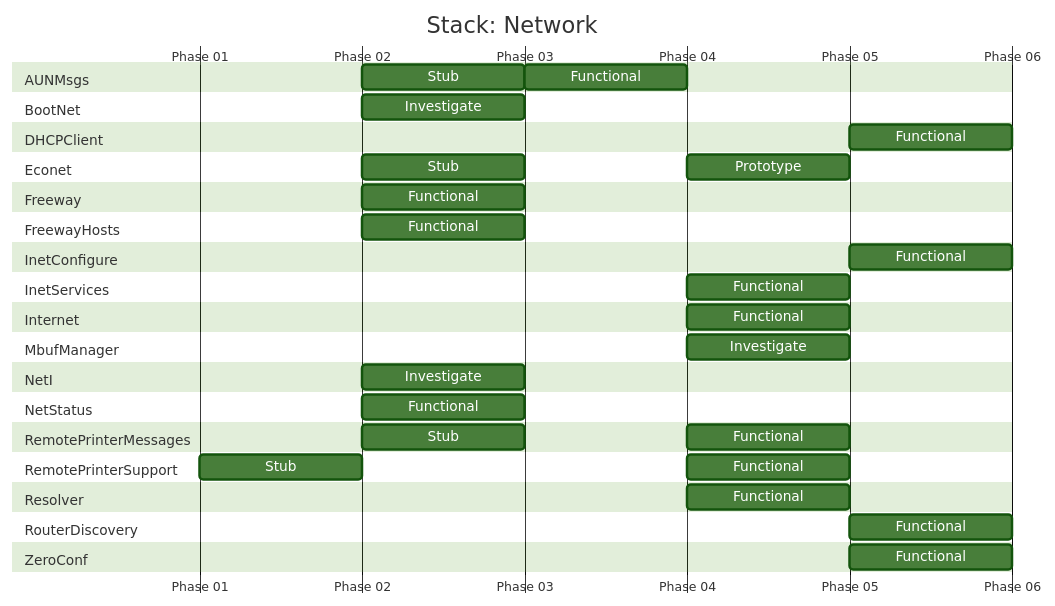
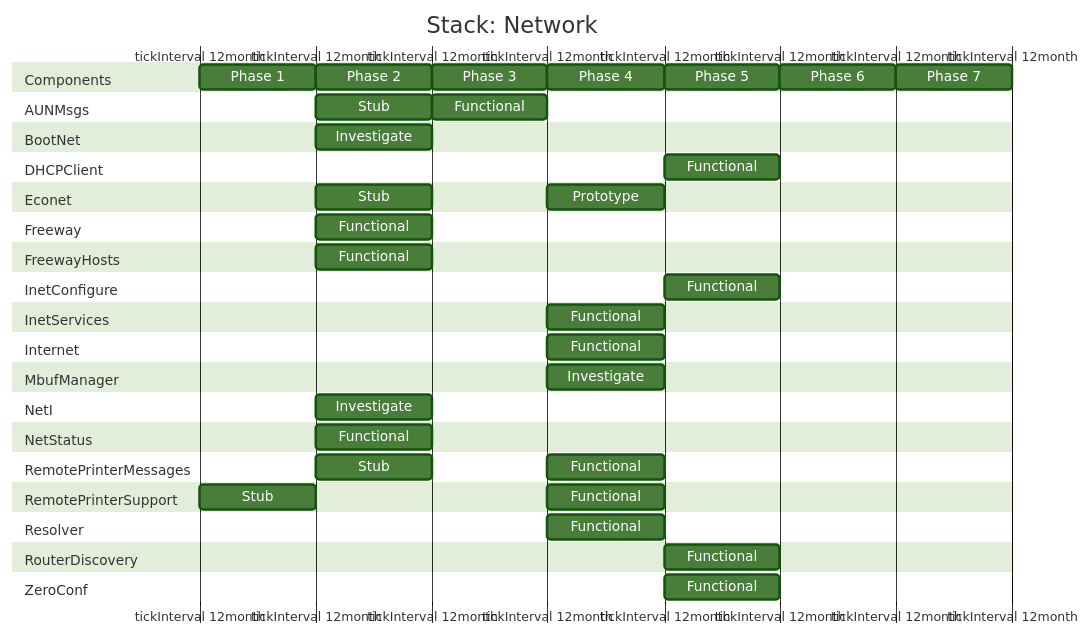
One commit to gerph/riscos64-status changed diagram 12 of 16 in planning/Stacks.md. Above: the diagram before and after it, drawn with Mermaid. The commit also changed other lines of this file and 1 other file, not shown here.

```diff
--- a/planning/Stacks.md
+++ b/planning/Stacks.md
@@ -1065,7 +1186,9 @@
             #complete { fill: #21B534 }
             #tested { fill: #4040A0 }
             #automated { fill: #903498 }
-            .grid text { text-anchor: start !important; }
+            .grid text { text-anchor: start !important;}
+            g text.sectionTitle:first-child { font-style: italic; }
+            #heading { rx: 0px; stroke: #487e3a; stroke-width: 1px; }
 
         gantt:
             useWidth: 800
@@ -1077,9 +1200,18 @@
 gantt
     title Stack: Network
     dateFormat YYYY
-    axisFormat Phase %y
+    axisFormat
     tickInterval 12month
 
+
+    section Components
+    Phase 1  : heading, 1901, 1y
+    Phase 2  : heading, 1902, 1y
+    Phase 3  : heading, 1903, 1y
+    Phase 4  : heading, 1904, 1y
+    Phase 5  : heading, 1905, 1y
+    Phase 6  : heading, 1906, 1y
+    Phase 7  : heading, 1907, 1y
 
     section AUNMsgs
     Stub         : stub, 1902, 1y
```
